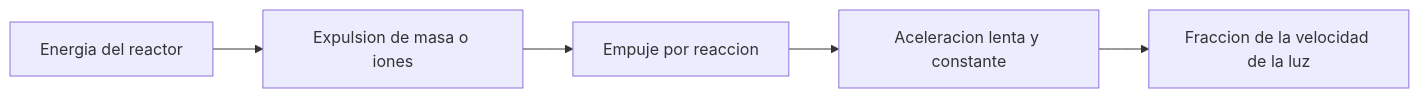
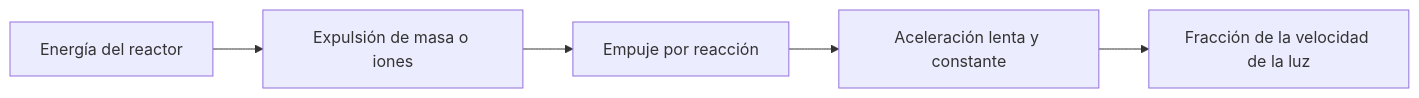
Before and after one commit to vladimiracunadev-create/machine-operator-program: the second of 2 diagrams in vehiculos-fantasticos/nave-exploracion/operacion/sistemas-mecanicos-nave-exploracion.md, drawn with Mermaid. The commit also changed other lines of this file and 442 other files, not shown here.

````diff
--- a/vehiculos-fantasticos/nave-exploracion/operacion/sistemas-mecanicos-nave-exploracion.md
+++ b/vehiculos-fantasticos/nave-exploracion/operacion/sistemas-mecanicos-nave-exploracion.md
@@ -48,7 +48,7 @@
 ```mermaid
 flowchart LR
-    Energia[Energia del reactor] --> Empuje[Expulsion de masa o iones]
-    Empuje --> Reaccion[Empuje por reaccion]
-    Reaccion --> Acel[Aceleracion lenta y constante]
-    Acel --> Veloc[Fraccion de la velocidad de la luz]
+    Energia[Energía del reactor] --> Empuje[Expulsión de masa o iones]
+    Empuje --> Reaccion[Empuje por reacción]
+    Reaccion --> Acel[Aceleración lenta y constante]
+    Acel --> Veloc[Fracción de la velocidad de la luz]
 ```
````
